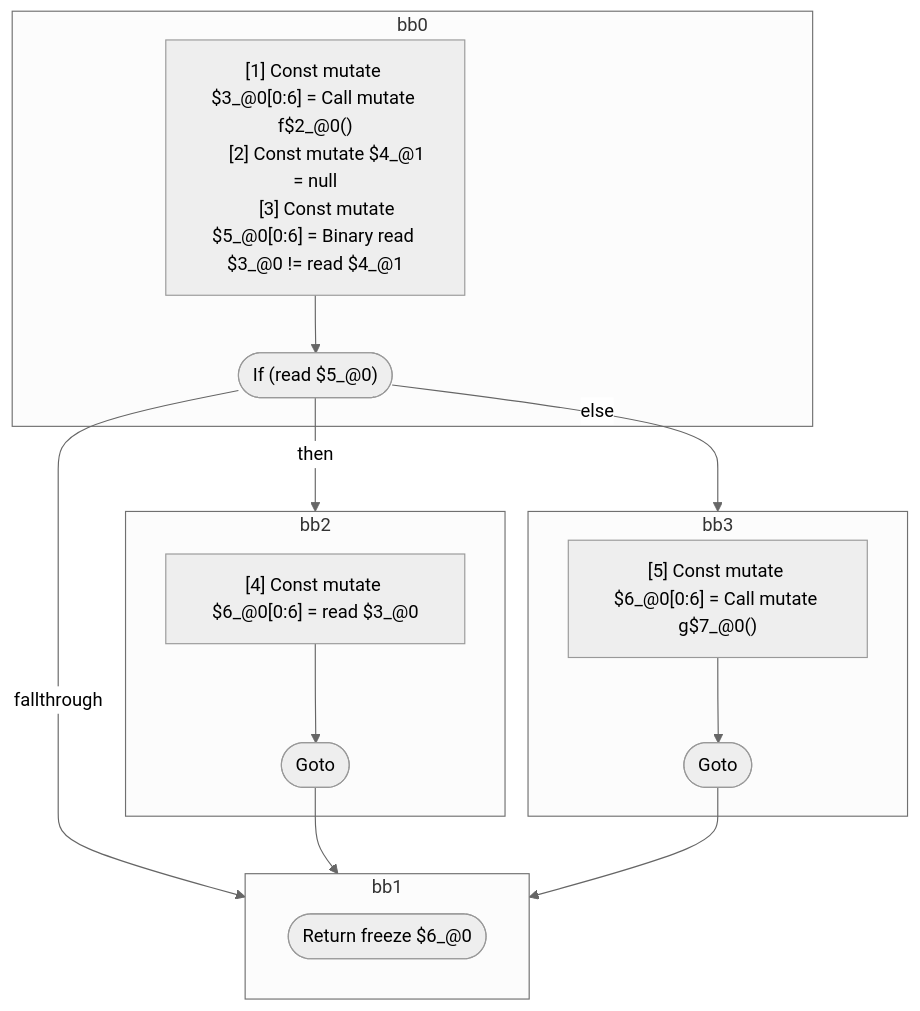
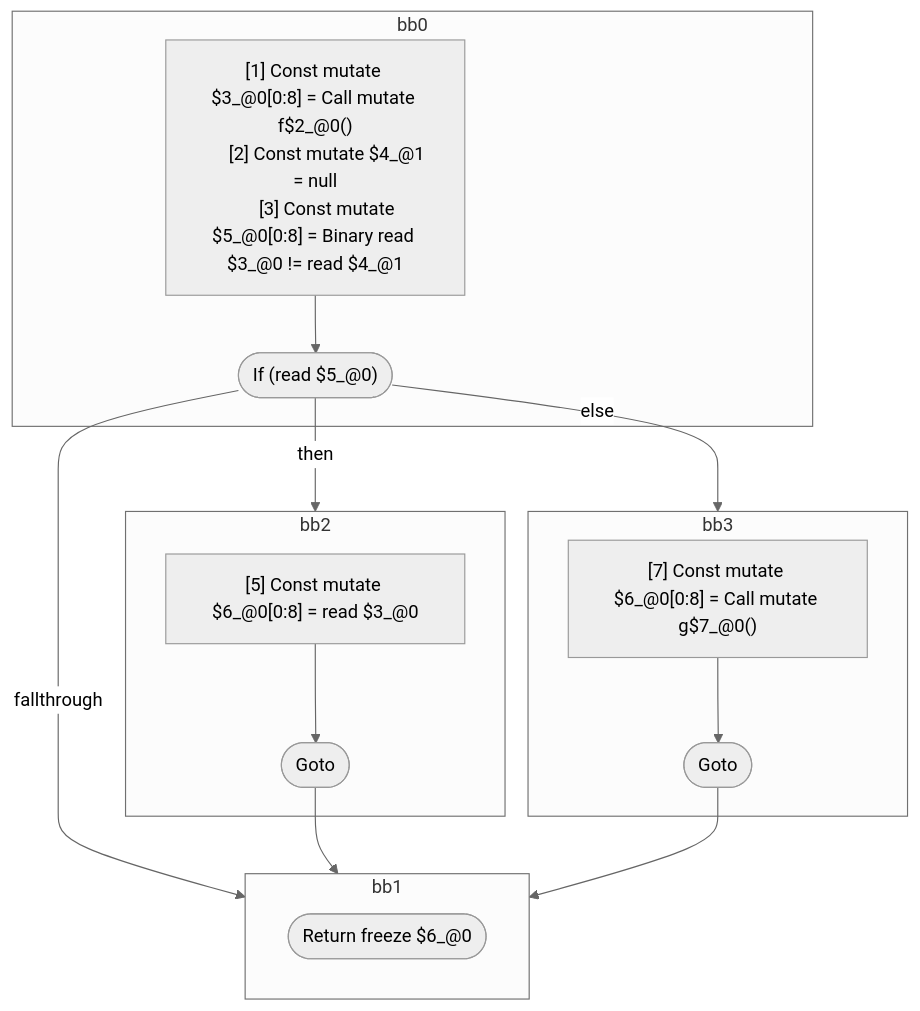
Before and after one commit to wutsmog/private: the third of 5 diagrams in compiler/forget/src/__tests__/fixtures/hir/logical-expression.expect.md, drawn with Mermaid (neutral theme). The commit also changed other lines of this file and 61 other files, not shown here.

````diff
--- a/compiler/forget/src/__tests__/fixtures/hir/logical-expression.expect.md
+++ b/compiler/forget/src/__tests__/fixtures/hir/logical-expression.expect.md
@@ -177,35 +177,35 @@
 ```mermaid
 flowchart TB
   %% Basic Blocks
   subgraph bb0
     bb0_instrs["
-      [1] Const mutate $3_@0[0:6] = Call mutate f$2_@0()
+      [1] Const mutate $3_@0[0:8] = Call mutate f$2_@0()
       [2] Const mutate $4_@1 = null
-      [3] Const mutate $5_@0[0:6] = Binary read $3_@0 != read $4_@1
+      [3] Const mutate $5_@0[0:8] = Binary read $3_@0 != read $4_@1
     "]
     bb0_instrs --> bb0_terminal(["If (read $5_@0)"])
   end
   subgraph bb2
     bb2_instrs["
-      [4] Const mutate $6_@0[0:6] = read $3_@0
+      [5] Const mutate $6_@0[0:8] = read $3_@0
     "]
     bb2_instrs --> bb2_terminal(["Goto"])
   end
   subgraph bb3
     bb3_instrs["
-      [5] Const mutate $6_@0[0:6] = Call mutate g$7_@0()
+      [7] Const mutate $6_@0[0:8] = Call mutate g$7_@0()
     "]
     bb3_instrs --> bb3_terminal(["Goto"])
   end
   subgraph bb1
     bb1_terminal(["Return freeze $6_@0"])
   end
 
   %% Jumps
   bb0_terminal -- "then" --> bb2
   bb0_terminal -- "else" --> bb3
   bb0_terminal -- "fallthrough" --> bb1
   bb2_terminal --> bb1
   bb3_terminal --> bb1
 
 ```
````
